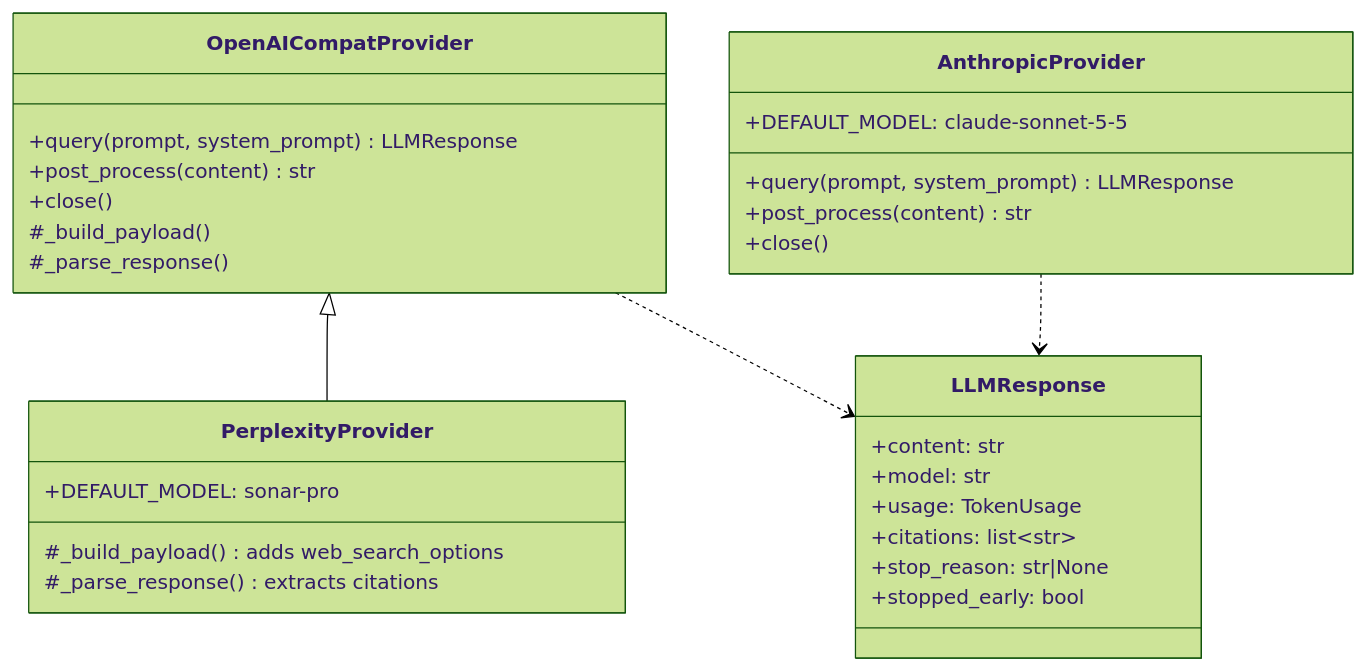
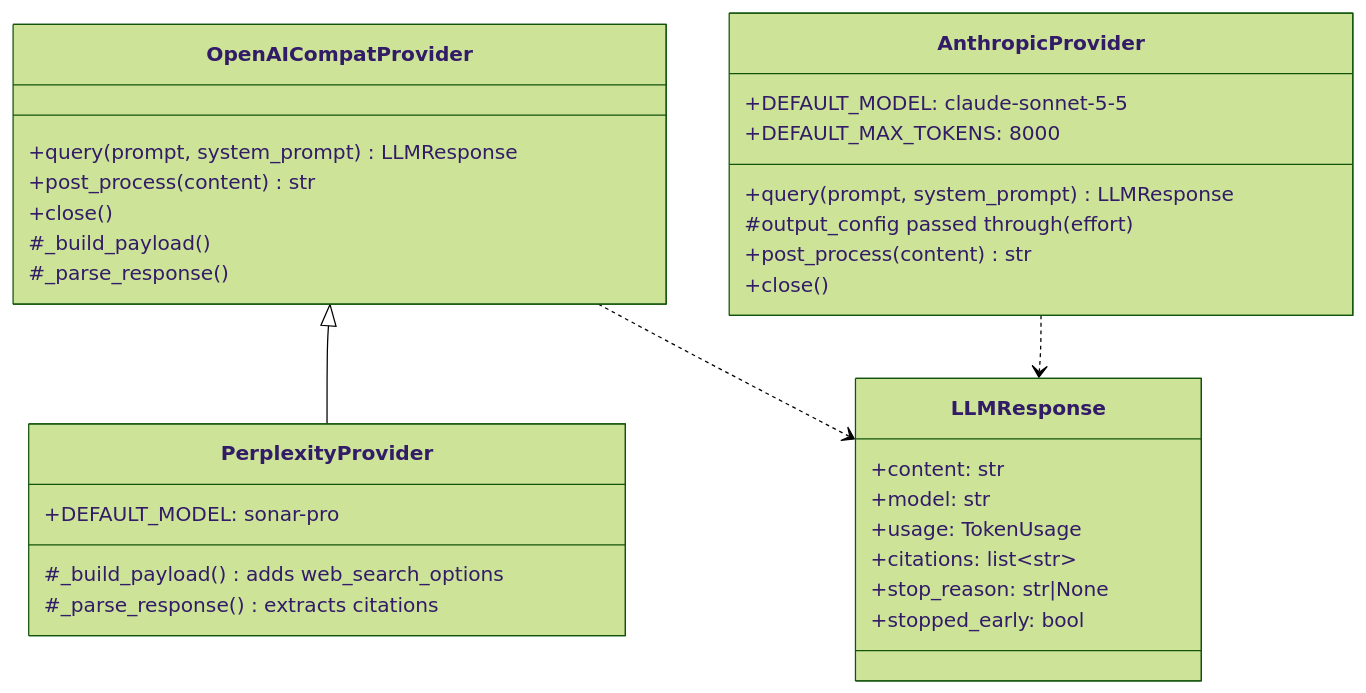
Before and after one commit to rossgroomio/fpl-cli: the fifth of 7 diagrams in docs/architecture.md, drawn with Mermaid (forest theme). The commit also changed other lines of this file and 15 other files, not shown here.

````diff
--- a/docs/architecture.md
+++ b/docs/architecture.md
@@ -398,36 +398,38 @@
 ```mermaid
 classDiagram
     class LLMResponse {
         +content: str
         +model: str
         +usage: TokenUsage
         +citations: list~str~
         +stop_reason: str|None
         +stopped_early: bool
     }
 
     class OpenAICompatProvider {
         +query(prompt, system_prompt) LLMResponse
         +post_process(content) str
         +close()
         #_build_payload()
         #_parse_response()
     }
 
     class PerplexityProvider {
         +DEFAULT_MODEL: sonar-pro
         #_build_payload() adds web_search_options
         #_parse_response() extracts citations
     }
 
     class AnthropicProvider {
         +DEFAULT_MODEL: claude-sonnet-5-5
+        +DEFAULT_MAX_TOKENS: 8000
         +query(prompt, system_prompt) LLMResponse
+        #output_config passed through (effort)
         +post_process(content) str
         +close()
     }
 
     OpenAICompatProvider <|-- PerplexityProvider
     OpenAICompatProvider ..> LLMResponse
     AnthropicProvider ..> LLMResponse
 ```
````
